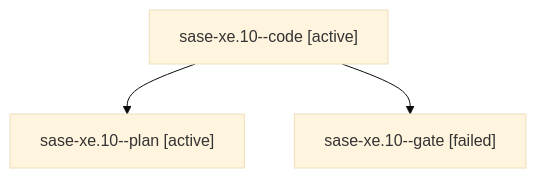
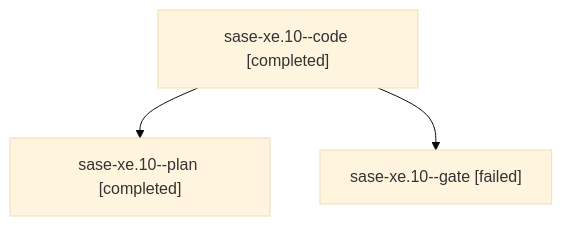
Before and after one commit to sase-org/sase--agents: the diagram in families/bbugyi200.athena.sase-xe.10.md, drawn with Mermaid (base theme). The commit also changed other lines of this file and 86 other files, not shown here.

````diff
--- a/families/bbugyi200.athena.sase-xe.10.md
+++ b/families/bbugyi200.athena.sase-xe.10.md
@@ -9,8 +9,8 @@
 ```mermaid
 flowchart TD
-  n0["sase-xe.10--code [active]"]
-  n1["sase-xe.10--plan [active]"]
+  n0["sase-xe.10--code [completed]"]
+  n1["sase-xe.10--plan [completed]"]
   n0 --> n1
   n2["sase-xe.10--gate [failed]"]
   n0 --> n2
 ```
````
